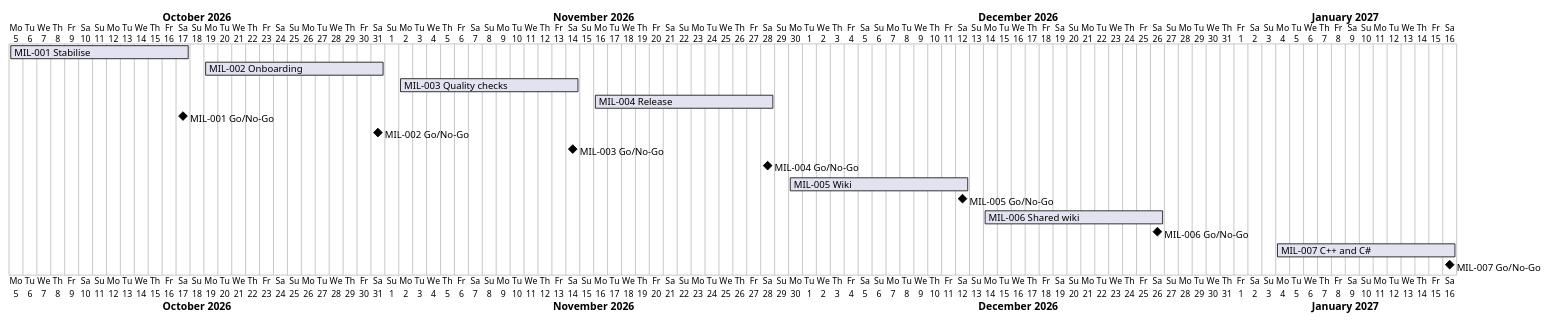
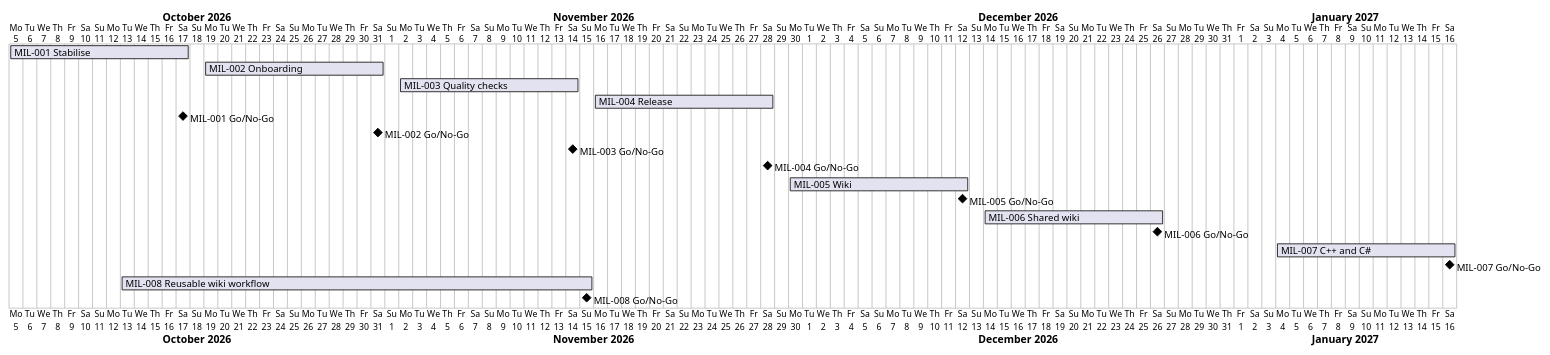
The diagram in docs/project-plan.md (TirSystem/git-workflows), drawn with PlantUML before and after one commit. The commit also changed other lines of this file and 3 other files, not shown here.

````diff
--- a/docs/project-plan.md
+++ b/docs/project-plan.md
@@ -41,19 +42,21 @@
 ```plantuml
 @startgantt
 Project starts 2026-10-05
 [MIL-001 Stabilise] starts 2026-10-05 and ends 2026-10-17
 [MIL-002 Onboarding] starts 2026-10-19 and ends 2026-10-31
 [MIL-003 Quality checks] starts 2026-11-02 and ends 2026-11-14
 [MIL-004 Release] starts 2026-11-16 and ends 2026-11-28
 [MIL-001 Go/No-Go] happens 2026-10-17
 [MIL-002 Go/No-Go] happens 2026-10-31
 [MIL-003 Go/No-Go] happens 2026-11-14
 [MIL-004 Go/No-Go] happens 2026-11-28
 [MIL-005 Wiki] starts 2026-11-30 and ends 2026-12-12
 [MIL-005 Go/No-Go] happens 2026-12-12
 [MIL-006 Shared wiki] starts 2026-12-14 and ends 2026-12-26
 [MIL-006 Go/No-Go] happens 2026-12-26
 [MIL-007 C++ and C#] starts 2027-01-04 and ends 2027-01-16
 [MIL-007 Go/No-Go] happens 2027-01-16
+[MIL-008 Reusable wiki workflow] starts 2026-10-13 and ends 2026-11-15
+[MIL-008 Go/No-Go] happens 2026-11-15
 @endgantt
 ```
````
